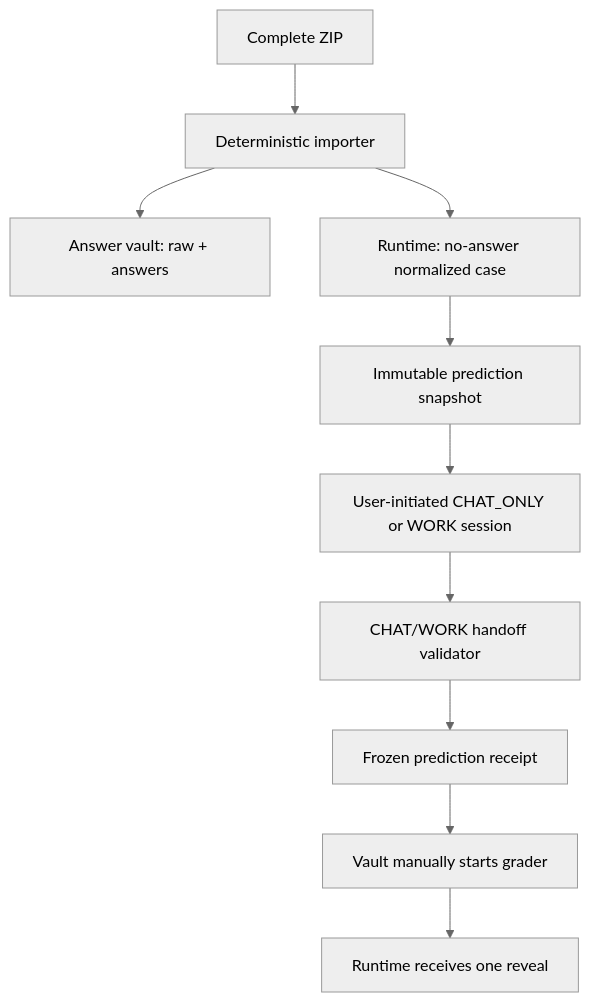
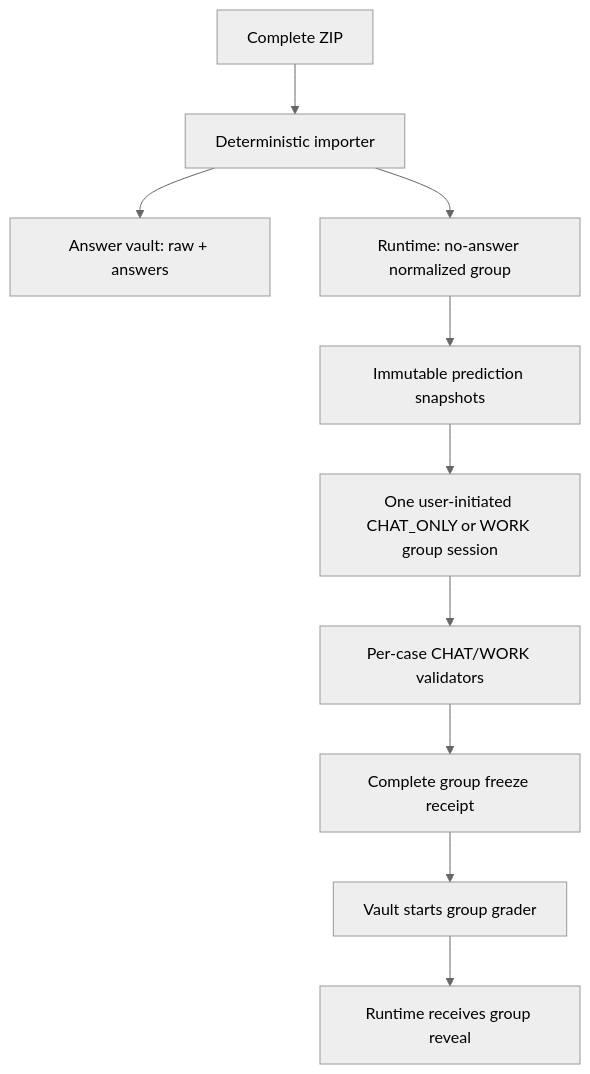
Before and after one commit to chinaneedM/ziwei-bazi-model: the diagram in README.md, drawn with Mermaid (neutral theme). The commit also changed other lines of this file, not shown here.

Commit message:
Make group single-session training the documented default

````diff
--- a/README.md
+++ b/README.md
@@ -33,12 +37,12 @@
 ```mermaid
 flowchart TD
     ZIP["Complete ZIP"] --> IMP["Deterministic importer"]
     IMP --> V["Answer vault: raw + answers"]
-    IMP --> N["Runtime: no-answer normalized case"]
-    N --> S["Immutable prediction snapshot"]
-    S --> C["User-initiated CHAT_ONLY or WORK session"]
-    C --> H["CHAT/WORK handoff validator"]
-    H --> F["Frozen prediction receipt"]
-    F --> G["Vault manually starts grader"]
-    G --> R["Runtime receives one reveal"]
+    IMP --> N["Runtime: no-answer normalized group"]
+    N --> S["Immutable prediction snapshots"]
+    S --> C["One user-initiated CHAT_ONLY or WORK group session"]
+    C --> H["Per-case CHAT/WORK validators"]
+    H --> F["Complete group freeze receipt"]
+    F --> G["Vault starts group grader"]
+    G --> R["Runtime receives group reveal"]
 ```
````
